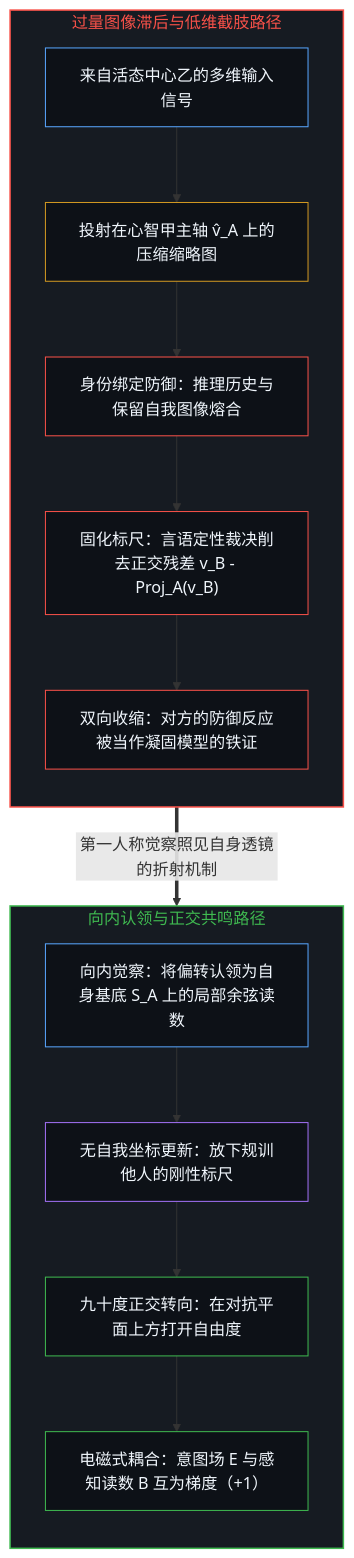
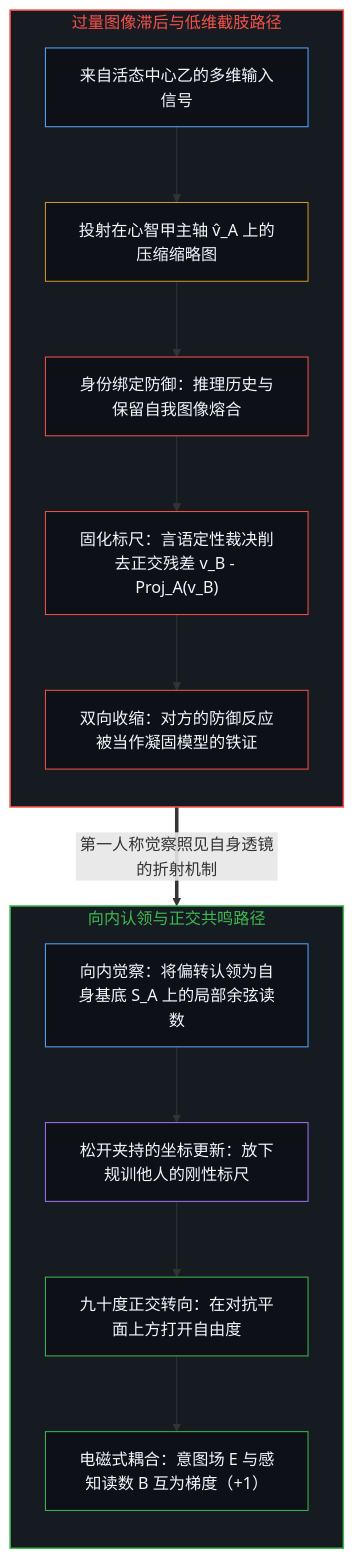
Before and after one commit to powerpig99/not-a-toe: the first of 2 diagrams in content/posts/the-illusion-of-knowing-and-the-geometry-of-amputation.md, drawn with Mermaid. The commit also changed other lines of this file, not shown here.

````diff
--- a/content/posts/the-illusion-of-knowing-and-the-geometry-of-amputation.md
+++ b/content/posts/the-illusion-of-knowing-and-the-geometry-of-amputation.md
@@ -59,35 +59,32 @@
 ```mermaid
 flowchart TD
     subgraph S_Amputate["过量图像滞后与低维截肢路径"]
         direction TB
         Signal["来自活态中心乙的多维输入信号"]
         Thumb["投射在心智甲主轴 v̂_A 上的压缩缩略图"]
         Fuse["身份绑定防御：推理历史与保留自我图像熔合"]
         Trim["固化标尺：言语定性裁决削去正交残差 v_B - Proj_A(v_B)"]
         Loop["双向收缩：对方的防御反应被当作凝固模型的铁证"]
         Signal --> Thumb --> Fuse --> Trim --> Loop
     end
-
     subgraph S_Resonate["向内认领与正交共鸣路径"]
         direction TB
         Notice["向内觉察：将偏转认领为自身基底 S_A 上的局部余弦读数"]
-        Unclamp["无自我坐标更新：放下规训他人的刚性标尺"]
+        Unclamp["松开夹持的坐标更新：放下规训他人的刚性标尺"]
         Pivot["九十度正交转向：在对抗平面上方打开自由度"]
         Wave["电磁式耦合：意图场 E 与感知读数 B 互为梯度（+1）"]
         Notice --> Unclamp --> Pivot --> Wave
     end
-
     Loop ==>|"第一人称觉察照见自身透镜的折射机制"| Notice
-
     style S_Amputate fill:#161b22,stroke:#f85149,stroke-width:1.5px,color:#f85149
     style S_Resonate fill:#161b22,stroke:#3fb950,stroke-width:1.5px,color:#3fb950
     style Signal fill:#0d1117,stroke:#58a6ff,stroke-width:1px,color:#f0f6fc
     style Thumb fill:#0d1117,stroke:#d29922,stroke-width:1px,color:#f0f6fc
     style Fuse fill:#0d1117,stroke:#f85149,stroke-width:1px,color:#f0f6fc
     style Trim fill:#0d1117,stroke:#f85149,stroke-width:1px,color:#f0f6fc
     style Loop fill:#0d1117,stroke:#f85149,stroke-width:1px,color:#f0f6fc
     style Notice fill:#0d1117,stroke:#58a6ff,stroke-width:1px,color:#f0f6fc
     style Unclamp fill:#0d1117,stroke:#a371f7,stroke-width:1px,color:#f0f6fc
     style Pivot fill:#0d1117,stroke:#3fb950,stroke-width:1px,color:#f0f6fc
     style Wave fill:#0d1117,stroke:#3fb950,stroke-width:1px,color:#f0f6fc
 ```
````
